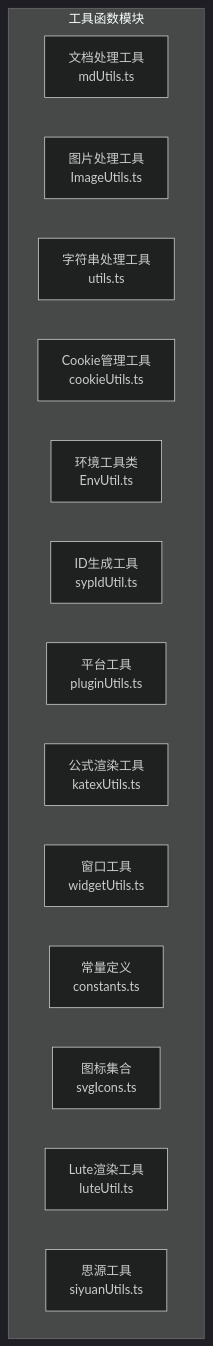
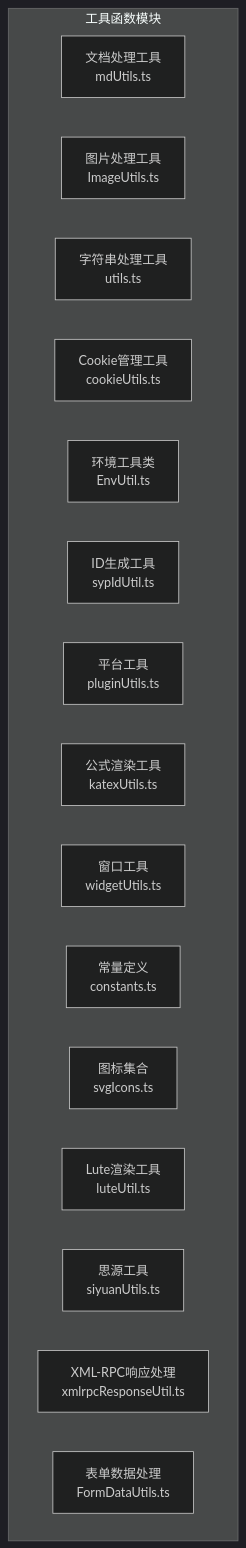
Before and after one commit to terwer/siyuan-plugin-publisher: the first of 8 diagrams in .qoder/repowiki/zh/content/API参考文档/工具函数API/工具函数API.md, drawn with Mermaid (dark theme). The commit also changed other lines of this file and 16 other files, not shown here.

````diff
--- a/.qoder/repowiki/zh/content/API参考文档/工具函数API/工具函数API.md
+++ b/.qoder/repowiki/zh/content/API参考文档/工具函数API/工具函数API.md
@@ -39,18 +51,20 @@
 ```mermaid
 graph TB
 subgraph "工具函数模块"
 A[文档处理工具<br/>mdUtils.ts]
 B[图片处理工具<br/>ImageUtils.ts]
 C[字符串处理工具<br/>utils.ts]
 D[Cookie管理工具<br/>cookieUtils.ts]
 E[环境工具类<br/>EnvUtil.ts]
 F[ID生成工具<br/>sypIdUtil.ts]
 G[平台工具<br/>pluginUtils.ts]
 H[公式渲染工具<br/>katexUtils.ts]
 I[窗口工具<br/>widgetUtils.ts]
 J[常量定义<br/>constants.ts]
 K[图标集合<br/>svgIcons.ts]
 L[Lute渲染工具<br/>luteUtil.ts]
 M[思源工具<br/>siyuanUtils.ts]
+N[XML-RPC响应处理<br/>xmlrpcResponseUtil.ts]
+O[表单数据处理<br/>FormDataUtils.ts]
 end
 ```
````
